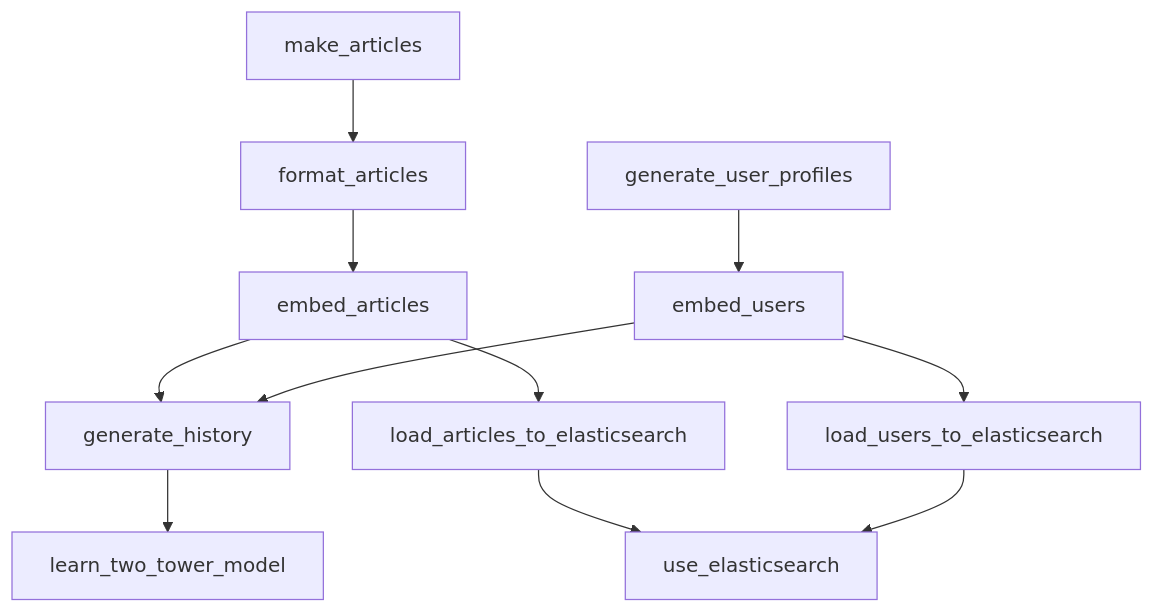
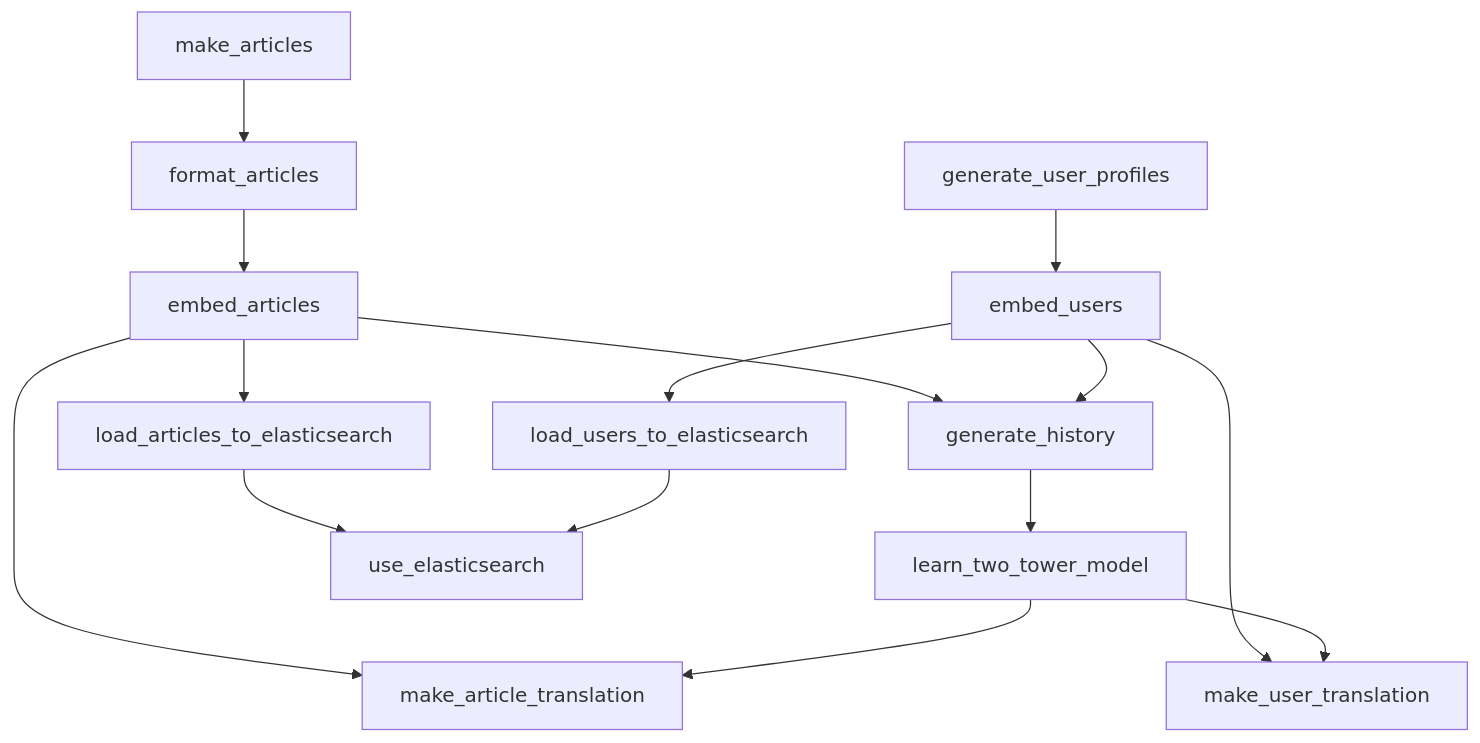
The diagram in PIPELINE.md (u-masao/hybrid-search-demo), drawn with Mermaid before and after one commit.

Commit message:
dvc pipeline updated

````diff
--- a/PIPELINE.md
+++ b/PIPELINE.md
@@ -1,23 +1,29 @@
 ```mermaid
 flowchart TD
 	node1["embed_articles"]
 	node2["embed_users"]
 	node3["format_articles"]
 	node4["generate_history"]
 	node5["generate_user_profiles"]
 	node6["learn_two_tower_model"]
 	node7["load_articles_to_elasticsearch"]
 	node8["load_users_to_elasticsearch"]
-	node9["make_articles"]
-	node10["use_elasticsearch"]
+	node9["make_article_translation"]
+	node10["make_articles"]
+	node11["make_user_translation"]
+	node12["use_elasticsearch"]
 	node1-->node4
 	node1-->node7
+	node1-->node9
 	node2-->node4
 	node2-->node8
+	node2-->node11
 	node3-->node1
 	node4-->node6
 	node5-->node2
-	node7-->node10
-	node8-->node10
-	node9-->node3
+	node6-->node9
+	node6-->node11
+	node7-->node12
+	node8-->node12
+	node10-->node3
 ```
````
